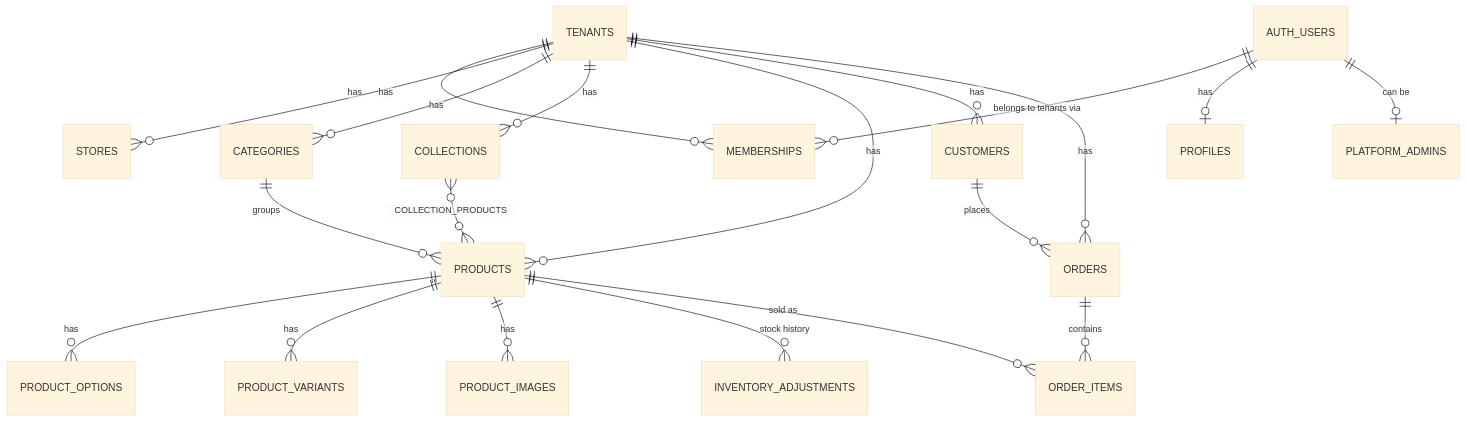
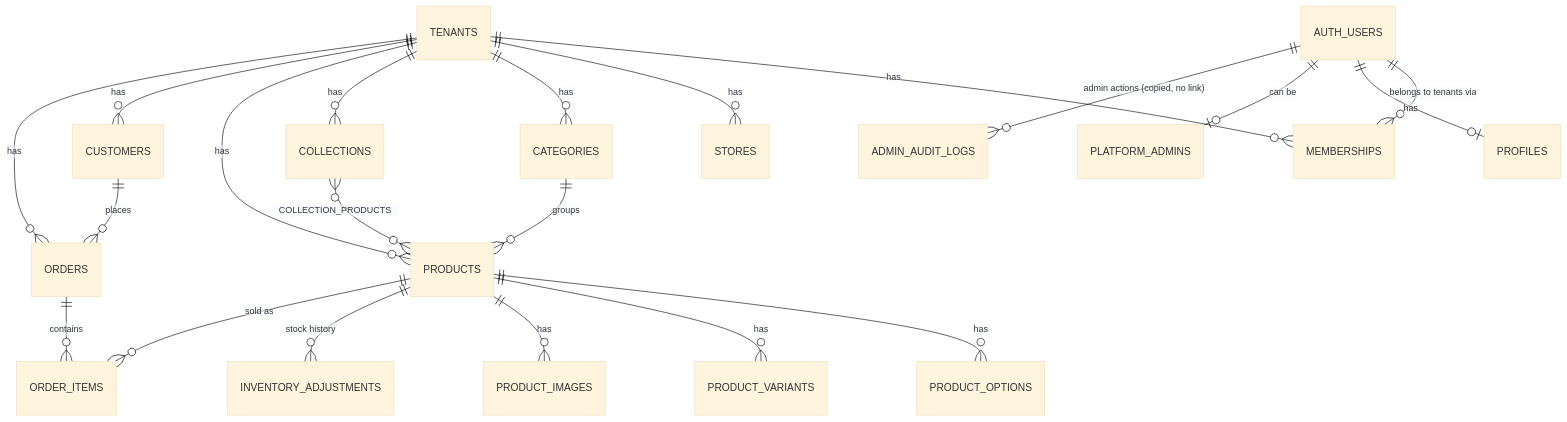
Before and after one commit to wnr-group/store-forge: the diagram in docs/data-model.md, drawn with Mermaid (base theme). The commit also changed other lines of this file and 16 other files, not shown here.

````diff
--- a/docs/data-model.md
+++ b/docs/data-model.md
@@ -14,22 +14,23 @@
 ```mermaid
 erDiagram
     TENANTS ||--o{ MEMBERSHIPS : has
     TENANTS ||--o{ STORES : has
     TENANTS ||--o{ CATEGORIES : has
     TENANTS ||--o{ COLLECTIONS : has
     TENANTS ||--o{ PRODUCTS : has
     TENANTS ||--o{ CUSTOMERS : has
     TENANTS ||--o{ ORDERS : has
     AUTH_USERS ||--o{ MEMBERSHIPS : "belongs to tenants via"
     AUTH_USERS ||--o| PROFILES : has
     AUTH_USERS ||--o| PLATFORM_ADMINS : "can be"
+    AUTH_USERS ||--o{ ADMIN_AUDIT_LOGS : "admin actions (copied, no link)"
     CATEGORIES ||--o{ PRODUCTS : groups
     COLLECTIONS }o--o{ PRODUCTS : "COLLECTION_PRODUCTS"
     PRODUCTS ||--o{ PRODUCT_OPTIONS : has
     PRODUCTS ||--o{ PRODUCT_VARIANTS : has
     PRODUCTS ||--o{ PRODUCT_IMAGES : has
     PRODUCTS ||--o{ INVENTORY_ADJUSTMENTS : "stock history"
     CUSTOMERS ||--o{ ORDERS : places
     ORDERS ||--o{ ORDER_ITEMS : contains
     PRODUCTS ||--o{ ORDER_ITEMS : "sold as"
 ```
````
